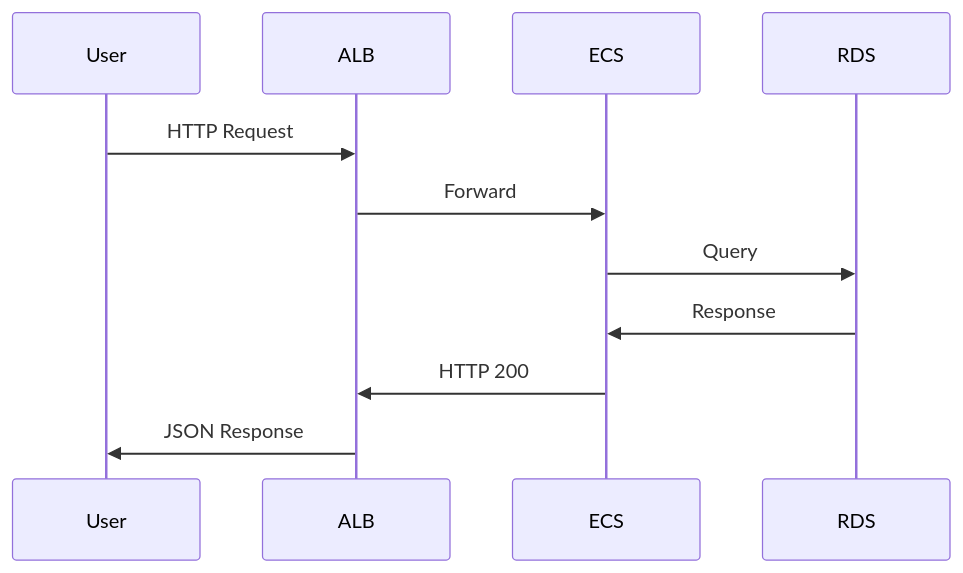
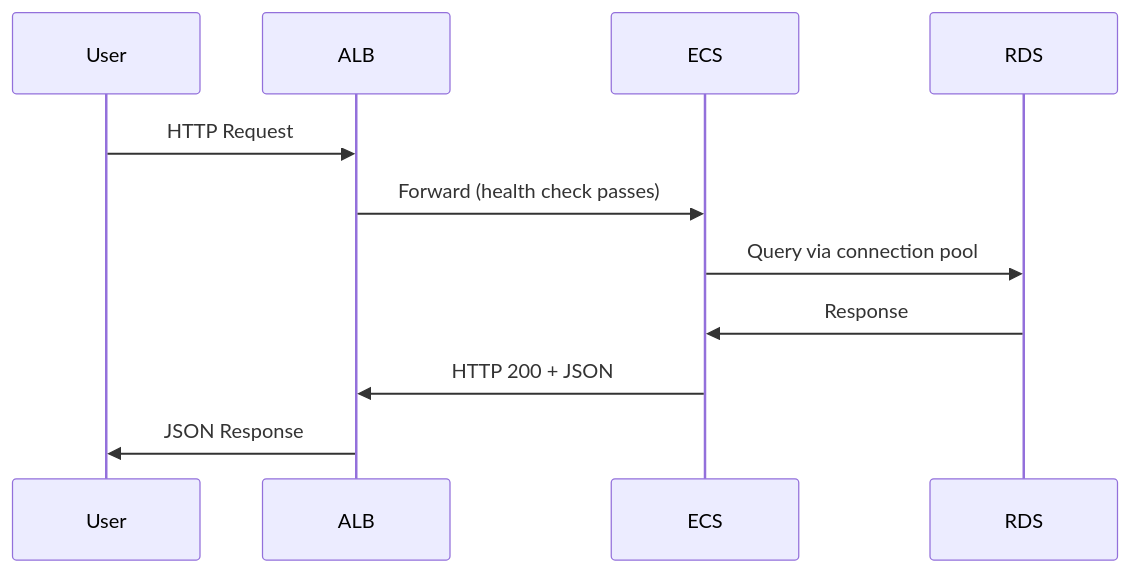
One commit to enkumamoto/cdk_infra_test changed the fourth of 6 diagrams in README-EN.md. Above: the diagram before and after it, drawn with Mermaid. The commit also changed other lines of this file and 9 other files, not shown here.

````diff
--- a/README-EN.md
+++ b/README-EN.md
@@ -285,14 +393,14 @@
 ```mermaid
 sequenceDiagram
     participant User
     participant ALB
     participant ECS
     participant RDS
 
     User->>ALB: HTTP Request
-    ALB->>ECS: Forward
-    ECS->>RDS: Query
+    ALB->>ECS: Forward (health check passes)
+    ECS->>RDS: Query via connection pool
     RDS->>ECS: Response
-    ECS->>ALB: HTTP 200
+    ECS->>ALB: HTTP 200 + JSON
     ALB->>User: JSON Response
 ```
````
